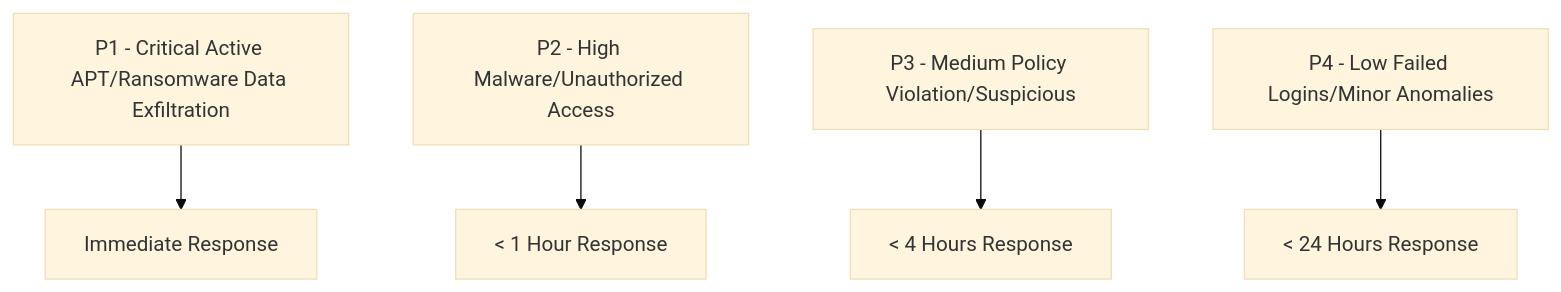
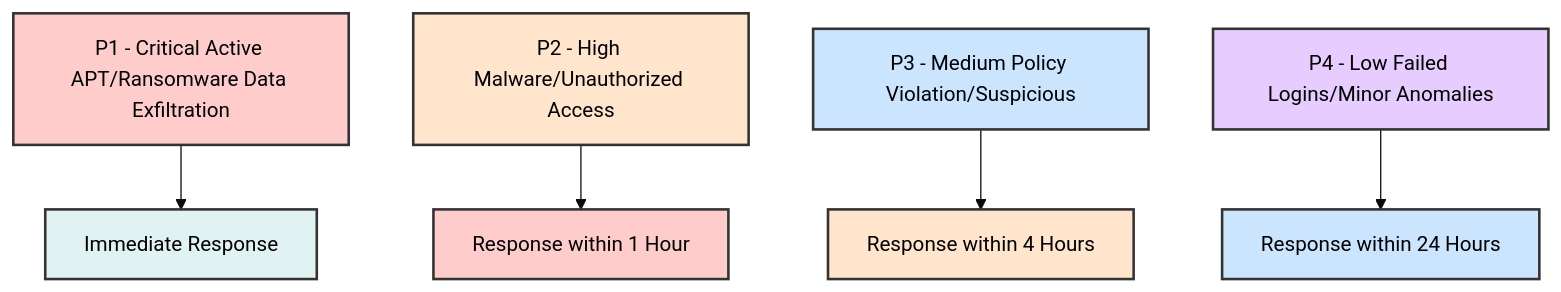
Before and after one commit to manojxshrestha/SOC-Analyst-Cheatsheet: diagram 23 of 29 in 1-Incident-Handling-Process/README.md, drawn with Mermaid (base theme). The commit also changed other lines of this file, not shown here.

````diff
--- a/1-Incident-Handling-Process/README.md
+++ b/1-Incident-Handling-Process/README.md
@@ -1113,7 +1113,17 @@
 ```mermaid
 graph TD
     P1[P1 - Critical Active APT/Ransomware Data Exfiltration] --> Immediate[Immediate Response]
-    P2[P2 - High Malware/Unauthorized Access] --> OneHour[< 1 Hour Response]
-    P3[P3 - Medium Policy Violation/Suspicious] --> FourHours[< 4 Hours Response]
-    P4[P4 - Low Failed Logins/Minor Anomalies] --> TwentyFour[< 24 Hours Response]
+    P2[P2 - High Malware/Unauthorized Access] --> OneHour[Response within 1 Hour]
+    P3[P3 - Medium Policy Violation/Suspicious] --> FourHours[Response within 4 Hours]
+    P4[P4 - Low Failed Logins/Minor Anomalies] --> TwentyFour[Response within 24 Hours]
+
+    style P1 fill:#ffcccc,stroke:#333,stroke-width:2px,color:#000
+    style P2 fill:#ffe5cc,stroke:#333,stroke-width:2px,color:#000
+    style P3 fill:#cce5ff,stroke:#333,stroke-width:2px,color:#000
+    style P4 fill:#e6ccff,stroke:#333,stroke-width:2px,color:#000
+
+    style Immediate fill:#e0f2f1,stroke:#333,stroke-width:2px,color:#000
+    style OneHour fill:#ffcccc,stroke:#333,stroke-width:2px,color:#000
+    style FourHours fill:#ffe5cc,stroke:#333,stroke-width:2px,color:#000
+    style TwentyFour fill:#cce5ff,stroke:#333,stroke-width:2px,color:#000
 ```
````
